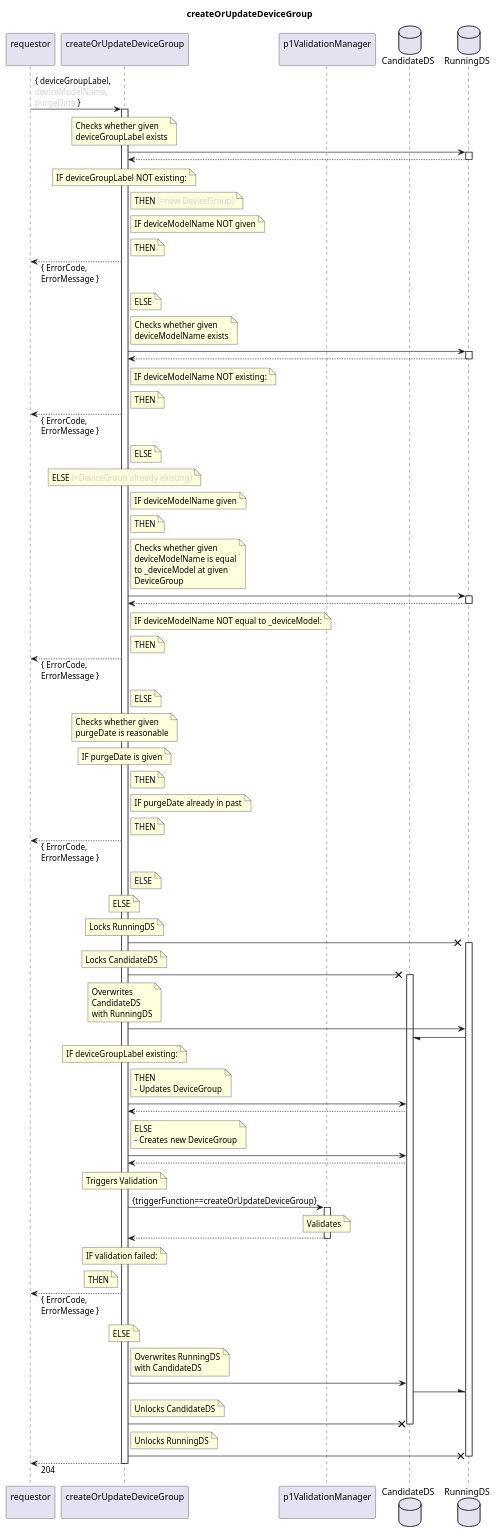
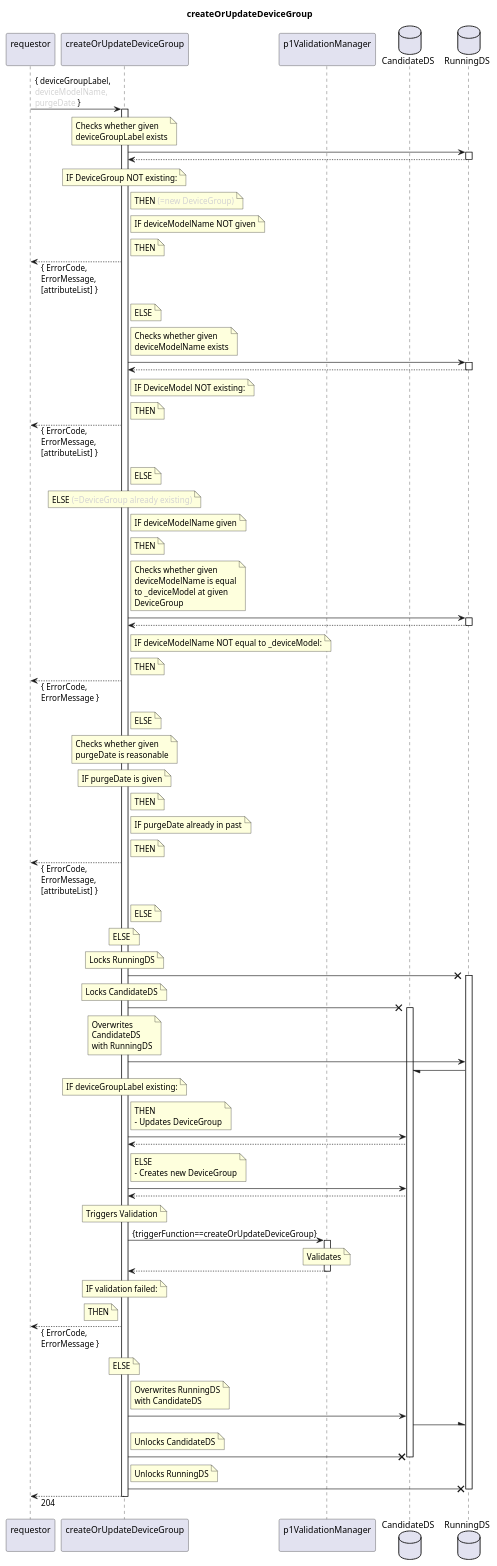
Before and after one commit to openBackhaul/FirmWareManager: the diagram in spec/Services/createOrUpdateDeviceGroup/1.0.0/createOrUpdateDeviceGroup.plantuml, drawn with PlantUML. The commit also changed 19 other files, not shown here.

```diff
--- a/spec/Services/createOrUpdateDeviceGroup/1.0.0/createOrUpdateDeviceGroup.plantuml
+++ b/spec/Services/createOrUpdateDeviceGroup/1.0.0/createOrUpdateDeviceGroup.plantuml
@@ -1,189 +1,189 @@
 @startuml createOrUpdateDeviceGroup
 skinparam responseMessageBelowArrow true
 
 title
   createOrUpdateDeviceGroup
 end title
 
 participant "requestor\n" as requestor
 participant "createOrUpdateDeviceGroup\n" as couGroup
 participant "p1ValidationManager\n" as valiMan
 database "CandidateDS" as CanDS
 database "RunningDS" as RunDS
 
 requestor -> couGroup: { deviceGroupLabel,\n<color:LightGray>deviceModelName,\n<color:LightGray>purgeDate</color> }
 activate couGroup
 
   note over couGroup
     Checks whether given
     deviceGroupLabel exists
   end note
   couGroup -> RunDS
   activate RunDS
   couGroup <-- RunDS
   deactivate RunDS
   note over couGroup
-    IF deviceGroupLabel NOT existing:
+    IF DeviceGroup NOT existing:
   end note
   note right couGroup
     THEN <color:LightGray>(=new DeviceGroup)</color>
   end note
     note right couGroup
       IF deviceModelName NOT given
     end note
     note right couGroup
       THEN
     end note
-    requestor <-- couGroup: { ErrorCode,\nErrorMessage }
+    requestor <-- couGroup: { ErrorCode,\nErrorMessage,\n[attributeList] }
     note right couGroup
       ELSE
     end note
     note right couGroup
       Checks whether given
       deviceModelName exists
     end note
     couGroup -> RunDS
     activate RunDS
     couGroup <-- RunDS
     deactivate RunDS
     note right couGroup
-      IF deviceModelName NOT existing:
+      IF DeviceModel NOT existing:
     end note
     note right couGroup
       THEN
     end note
-    requestor <-- couGroup: { ErrorCode,\nErrorMessage }
+    requestor <-- couGroup: { ErrorCode,\nErrorMessage,\n[attributeList] }
     note right couGroup
       ELSE
     end note
   note over couGroup
     ELSE <color:LightGray>(=DeviceGroup already existing)</color>
   end note
     note right couGroup
       IF deviceModelName given
     end note
     note right couGroup
       THEN
     end note
     note right couGroup
       Checks whether given
       deviceModelName is equal
       to _deviceModel at given
       DeviceGroup
     end note
     couGroup -> RunDS
     activate RunDS
     couGroup <-- RunDS
     deactivate RunDS
     note right couGroup
       IF deviceModelName NOT equal to _deviceModel:
     end note
     note right couGroup
       THEN
     end note
     requestor <-- couGroup: { ErrorCode,\nErrorMessage }
     note right couGroup
       ELSE
     end note
 
   note over couGroup
     Checks whether given
     purgeDate is reasonable
   end note
   note over couGroup
     IF purgeDate is given
   end note
   note right couGroup
     THEN
   end note
   note right couGroup
     IF purgeDate already in past
   end note
   note right couGroup
     THEN
   end note
-  requestor <-- couGroup: { ErrorCode,\nErrorMessage }
+  requestor <-- couGroup: { ErrorCode,\nErrorMessage,\n[attributeList] }
   note right couGroup
     ELSE
   end note
   note over couGroup
     ELSE
   end note
 
   note over couGroup
     Locks RunningDS
   end note
   couGroup -X RunDS
   activate RunDS
   note over couGroup
     Locks CandidateDS
   end note
   couGroup -X CanDS
   activate CanDS
   note over couGroup
     Overwrites
     CandidateDS
     with RunningDS
   end note
   couGroup -> RunDS
   RunDS -/ CanDS
 
   note over couGroup
     IF deviceGroupLabel existing:
   end note
   note right couGroup
     THEN
     - Updates DeviceGroup
   end note
   couGroup -> CanDS
   couGroup <-- CanDS
   note right couGroup
     ELSE
     - Creates new DeviceGroup
   end note
   couGroup -> CanDS
   couGroup <-- CanDS
 
   note over couGroup
     Triggers Validation
   end note
   couGroup -> valiMan: {triggerFunction==createOrUpdateDeviceGroup}
   activate valiMan
     note over valiMan
       Validates
     end note
   couGroup <-- valiMan
   deactivate valiMan
   note over couGroup
     IF validation failed:
   end note
   note left couGroup
     THEN
   end note
   requestor <-- couGroup: { ErrorCode,\nErrorMessage }
   note over couGroup
     ELSE
   end note
 
   note right couGroup
     Overwrites RunningDS
     with CandidateDS
   end note
   couGroup -> CanDS
   CanDS -\ RunDS
   note right couGroup
     Unlocks CandidateDS
   end note
   couGroup -X CanDS
   deactivate CanDS
   note right couGroup
     Unlocks RunningDS
   end note
   couGroup -X RunDS
   deactivate RunDS
 
   requestor <-- couGroup: 204
 
 deactivate couGroup
 
 @enduml
```
